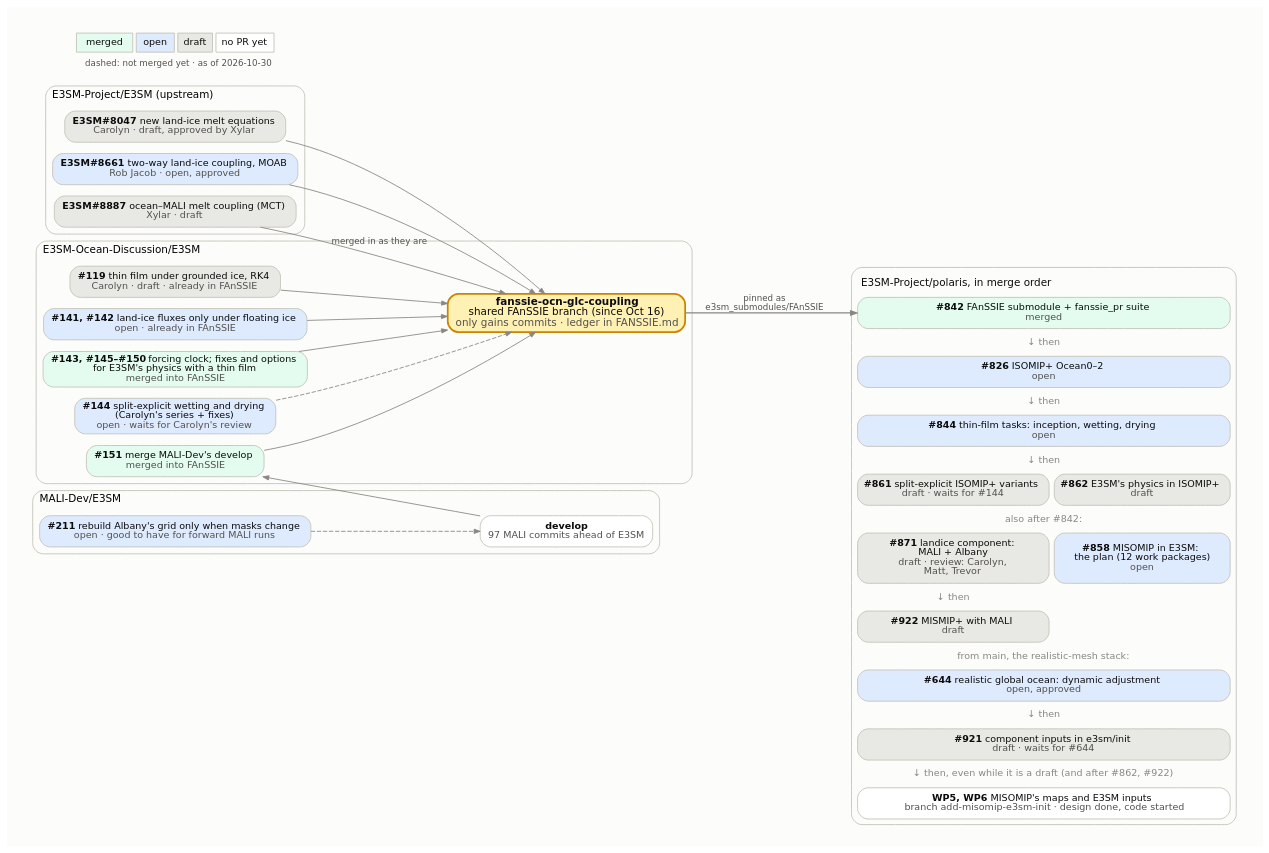
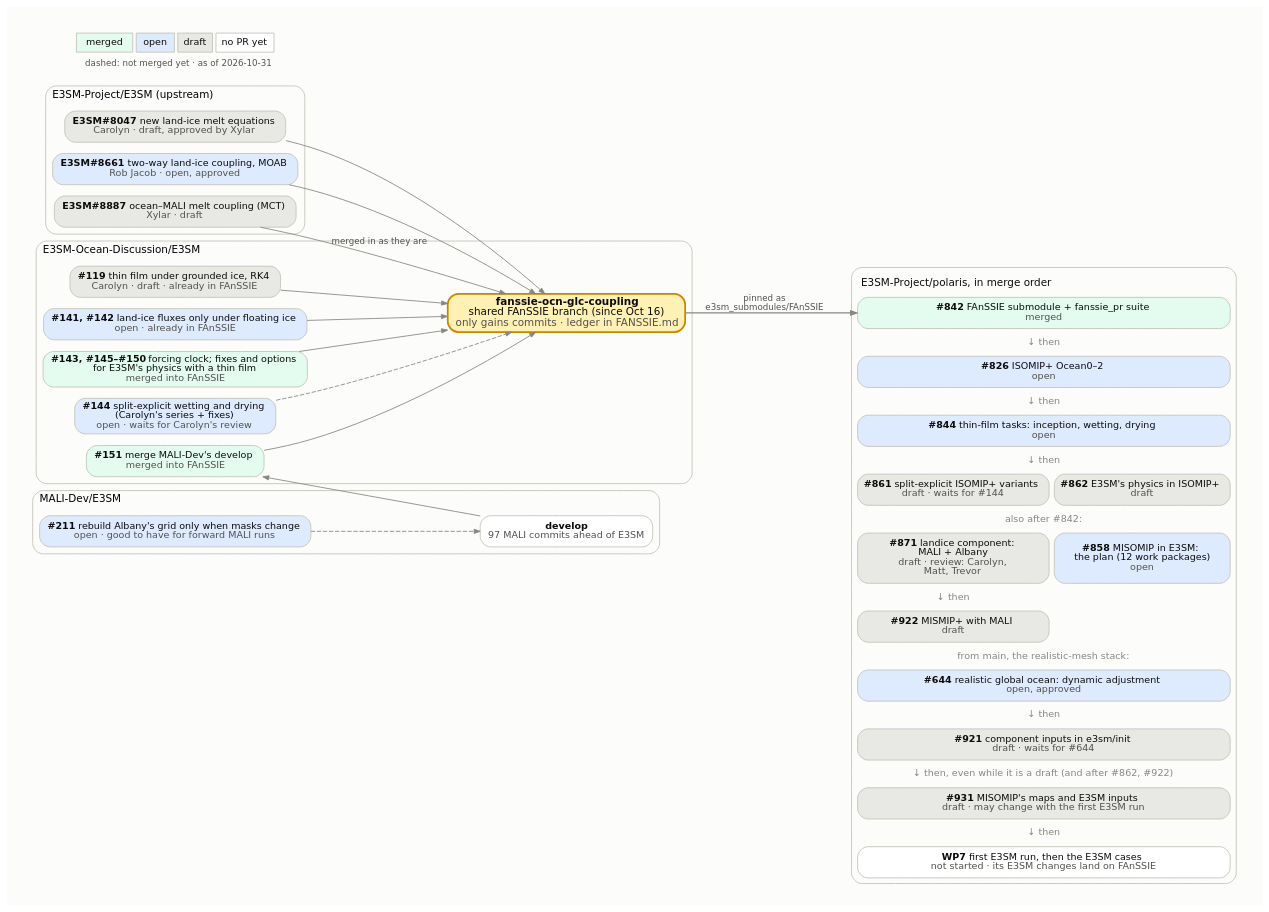
The diagram in docs/design_docs/misomip/code_flow.dot (E3SM-Project/polaris), drawn with Graphviz before and after one commit. The commit also changed 4 other files, not shown here.

First line of the commit message:
Start the E3SM case work with the first E3SM run in the MISOMIP plan

```diff
--- a/docs/design_docs/misomip/code_flow.dot
+++ b/docs/design_docs/misomip/code_flow.dot
@@ -1,95 +1,97 @@
 // How the upstream E3SM PRs, the E3SM-Ocean-Discussion PRs, the
 // fanssie-ocn-glc-coupling branch and the Polaris PRs fit together.
 //
 // Regenerate with Graphviz 14 (Chrysalis's /usr/bin/dot 2.40 lays it out
 // wider), with the text drawn as paths so it looks the same everywhere:
 //
 //     pixi exec -s graphviz dot -Tsvg:cairo code_flow.dot -o code_flow.svg
 //
 // Fill by state: merged #e3fcef, open #deebff, draft #e8e8e4, no PR yet
 // #ffffff. Dashed edges into the FAnSSIE branch mark PRs not merged into it
 // yet. The Polaris side is one HTML-table node, in merge order, because
 // Graphviz would not keep separate boxes in that order. Update the date in
 // the legend.
 digraph fanssie {
   rankdir=LR;
   bgcolor="#fcfcfb";
   pad=0.3;
   nodesep=0.18;
   ranksep=0.7;
   fontname="DejaVu Sans";
   node [shape=box, style="rounded,filled", fontname="DejaVu Sans",
         fontsize=11, color="#c3c2b7", fontcolor="#0b0b0b", penwidth=1,
         margin="0.12,0.06"];
   edge [color="#898781", arrowsize=0.7, fontname="DejaVu Sans",
         fontsize=10, fontcolor="#52514e"];
 
   subgraph cluster_upstream {
     label="E3SM-Project/E3SM (upstream)";
     labeljust=l; fontsize=12; color="#c3c2b7"; style="rounded";
     e8047 [label=<<b>E3SM#8047</b>  new land-ice melt equations<br/><font color="#52514e">Carolyn · draft, approved by Xylar</font>>, fillcolor="#e8e8e4"];
     e8661 [label=<<b>E3SM#8661</b>  two-way land-ice coupling, MOAB<br/><font color="#52514e">Rob Jacob · open, approved</font>>, fillcolor="#deebff"];
     e8887 [label=<<b>E3SM#8887</b>  ocean–MALI melt coupling (MCT)<br/><font color="#52514e">Xylar · draft</font>>, fillcolor="#e8e8e4"];
   }
 
   subgraph cluster_malidev {
     label="MALI-Dev/E3SM";
     labeljust=l; fontsize=12; color="#c3c2b7"; style="rounded";
     malidev [label=<<b>develop</b><br/><font color="#52514e">97 MALI commits ahead of E3SM</font>>, fillcolor="#ffffff"];
     m211 [label=<<b>#211</b>  rebuild Albany's grid only when masks change<br/><font color="#52514e">open · good to have for forward MALI runs</font>>, fillcolor="#deebff"];
   }
 
   subgraph cluster_eod {
     label="E3SM-Ocean-Discussion/E3SM";
     labeljust=l; fontsize=12; color="#c3c2b7"; style="rounded";
     d119 [label=<<b>#119</b>  thin film under grounded ice, RK4<br/><font color="#52514e">Carolyn · draft · already in FAnSSIE</font>>, fillcolor="#e8e8e4"];
     d141 [label=<<b>#141, #142</b>  land-ice fluxes only under floating ice<br/><font color="#52514e">open · already in FAnSSIE</font>>, fillcolor="#deebff"];
     d143 [label=<<b>#143, #145–#150</b>  forcing clock; fixes and options<br/>for E3SM's physics with a thin film<br/><font color="#52514e">merged into FAnSSIE</font>>, fillcolor="#e3fcef"];
     d144 [label=<<b>#144</b>  split-explicit wetting and drying<br/>(Carolyn's series + fixes)<br/><font color="#52514e">open · waits for Carolyn's review</font>>, fillcolor="#deebff"];
     d151 [label=<<b>#151</b>  merge MALI-Dev's develop<br/><font color="#52514e">merged into FAnSSIE</font>>, fillcolor="#e3fcef"];
     fanssie [label=<<b>fanssie-ocn-glc-coupling</b><br/>shared FAnSSIE branch (since Oct 16)<br/><font color="#52514e">only gains commits · ledger in FANSSIE.md</font>>,
              fillcolor="#fff0b3", penwidth=2, color="#c98500", fontsize=12];
   }
 
   polaris [shape=plaintext, style="", label=<
     <table border="1" color="#c3c2b7" style="rounded" cellborder="1" cellspacing="6" cellpadding="4" bgcolor="#fcfcfb">
       <tr><td border="0" colspan="2" align="left"><font point-size="12">E3SM-Project/polaris, in merge order</font></td></tr>
       <tr><td port="p842" bgcolor="#e3fcef" colspan="2" style="rounded" cellpadding="6"><b>#842</b>  FAnSSIE submodule + fanssie_pr suite<br/><font color="#52514e">merged</font></td></tr>
       <tr><td border="0" colspan="2"><font color="#898781">↓ then</font></td></tr>
       <tr><td port="p826" bgcolor="#deebff" colspan="2" style="rounded" cellpadding="6"><b>#826</b>  ISOMIP+ Ocean0–2<br/><font color="#52514e">open</font></td></tr>
       <tr><td border="0" colspan="2"><font color="#898781">↓ then</font></td></tr>
       <tr><td port="p844" bgcolor="#deebff" colspan="2" style="rounded" cellpadding="6"><b>#844</b>  thin-film tasks: inception, wetting, drying<br/><font color="#52514e">open</font></td></tr>
       <tr><td border="0" colspan="2"><font color="#898781">↓ then</font></td></tr>
       <tr><td port="p861" bgcolor="#e8e8e4" colspan="1" style="rounded" cellpadding="6"><b>#861</b>  split-explicit ISOMIP+ variants<br/><font color="#52514e">draft · waits for #144</font></td><td port="p862" bgcolor="#e8e8e4" colspan="1" style="rounded" cellpadding="6"><b>#862</b>  E3SM's physics in ISOMIP+<br/><font color="#52514e">draft</font></td></tr>
       <tr><td border="0" colspan="2"><font color="#898781">also after #842:</font></td></tr>
       <tr><td port="p871" bgcolor="#e8e8e4" colspan="1" style="rounded" cellpadding="6"><b>#871</b>  landice component:<br/>MALI + Albany<br/><font color="#52514e">draft · review: Carolyn,<br/>Matt, Trevor</font></td><td port="p858" bgcolor="#deebff" colspan="1" style="rounded" cellpadding="6"><b>#858</b>  MISOMIP in E3SM:<br/>the plan (12 work packages)<br/><font color="#52514e">open</font></td></tr>
       <tr><td border="0" colspan="1"><font color="#898781">↓ then</font></td><td border="0" colspan="1"></td></tr>
       <tr><td port="p922" bgcolor="#e8e8e4" colspan="1" style="rounded" cellpadding="6"><b>#922</b>  MISMIP+ with MALI<br/><font color="#52514e">draft</font></td><td border="0" colspan="1"></td></tr>
       <tr><td border="0" colspan="2"><font color="#898781">from main, the realistic-mesh stack:</font></td></tr>
       <tr><td port="p644" bgcolor="#deebff" colspan="2" style="rounded" cellpadding="6"><b>#644</b>  realistic global ocean: dynamic adjustment<br/><font color="#52514e">open, approved</font></td></tr>
       <tr><td border="0" colspan="2"><font color="#898781">↓ then</font></td></tr>
       <tr><td port="p921" bgcolor="#e8e8e4" colspan="2" style="rounded" cellpadding="6"><b>#921</b>  component inputs in e3sm/init<br/><font color="#52514e">draft · waits for #644</font></td></tr>
       <tr><td border="0" colspan="2"><font color="#898781">↓ then, even while it is a draft (and after #862, #922)</font></td></tr>
-      <tr><td port="pwp56" bgcolor="#ffffff" colspan="2" style="rounded" cellpadding="6"><b>WP5, WP6</b>  MISOMIP's maps and E3SM inputs<br/><font color="#52514e">branch add-misomip-e3sm-init · design done, code started</font></td></tr>
+      <tr><td port="pwp56" bgcolor="#e8e8e4" colspan="2" style="rounded" cellpadding="6"><b>#931</b>  MISOMIP's maps and E3SM inputs<br/><font color="#52514e">draft · may change with the first E3SM run</font></td></tr>
+      <tr><td border="0" colspan="2"><font color="#898781">↓ then</font></td></tr>
+      <tr><td port="pwp7" bgcolor="#ffffff" colspan="2" style="rounded" cellpadding="6"><b>WP7</b>  first E3SM run, then the E3SM cases<br/><font color="#52514e">not started · its E3SM changes land on FAnSSIE</font></td></tr>
     </table>>];
 
   e8047 -> fanssie;
   e8661 -> fanssie;
   e8887 -> fanssie [label="merged in as they are"];
   d119 -> fanssie;
   d141 -> fanssie;
   d143 -> fanssie;
   d144 -> fanssie [style=dashed];
   m211 -> malidev [style=dashed];
   malidev -> d151 [constraint=false];
   d151 -> fanssie;
 
   fanssie -> polaris:p842 [label="pinned as
 e3sm_submodules/FAnSSIE", penwidth=1.5];
 
   legend [shape=plaintext, style="", label=<
     <table border="0" cellborder="1" cellspacing="4" cellpadding="4" color="#c3c2b7">
       <tr><td bgcolor="#e3fcef">merged</td><td bgcolor="#deebff">open</td><td bgcolor="#e8e8e4">draft</td><td bgcolor="#ffffff">no PR yet</td></tr>
-      <tr><td colspan="4" border="0"><font point-size="10" color="#52514e">dashed: not merged yet · as of 2026-10-30</font></td></tr>
+      <tr><td colspan="4" border="0"><font point-size="10" color="#52514e">dashed: not merged yet · as of 2026-10-31</font></td></tr>
     </table>>];
 }
```
